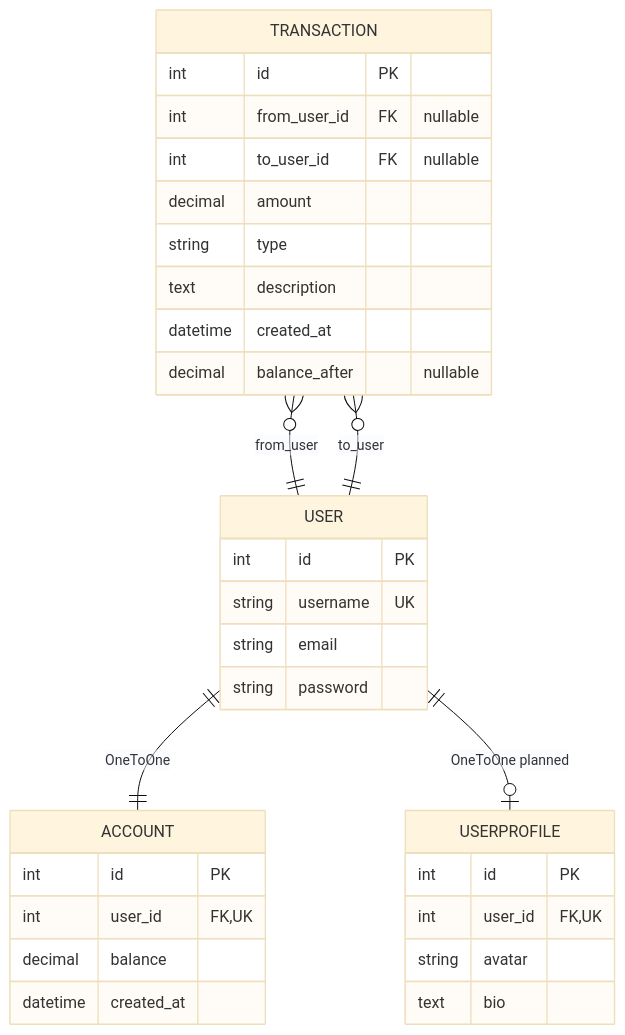
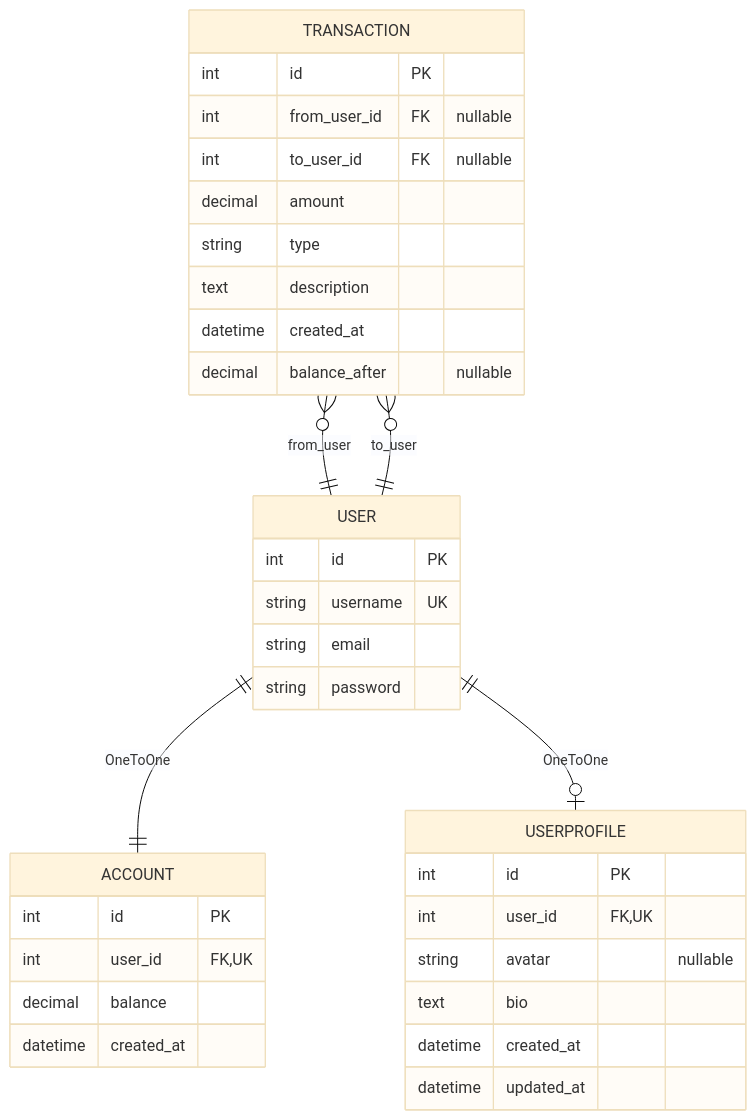
One commit to anibalrojosan/proggy-wallet changed the diagram in docs/DATABASE.md. Above: the diagram before and after it, drawn with Mermaid (base theme). The commit also changed other lines of this file and 9 other files, not shown here.

````diff
--- a/docs/DATABASE.md
+++ b/docs/DATABASE.md
@@ -11,39 +11,41 @@
 ```mermaid
 erDiagram
     USER ||--|| ACCOUNT : "OneToOne"
-    USER ||--o| USERPROFILE : "OneToOne planned"
+    USER ||--o| USERPROFILE : "OneToOne"
     "TRANSACTION" }o--|| USER : "from_user"
     "TRANSACTION" }o--|| USER : "to_user"
 
     USER {
         int id PK
         string username UK
         string email
         string password
     }
 
     USERPROFILE {
         int id PK
         int user_id FK, UK
-        string avatar
+        string avatar "nullable"
         text bio
+        datetime created_at
+        datetime updated_at
     }
 
     ACCOUNT {
         int id PK
         int user_id FK, UK
         decimal balance
         datetime created_at
     }
 
     "TRANSACTION" {
         int id PK
         int from_user_id FK "nullable"
         int to_user_id FK "nullable"
         decimal amount
         string type
         text description
         datetime created_at
         decimal balance_after "nullable"
     }
 ```
````
